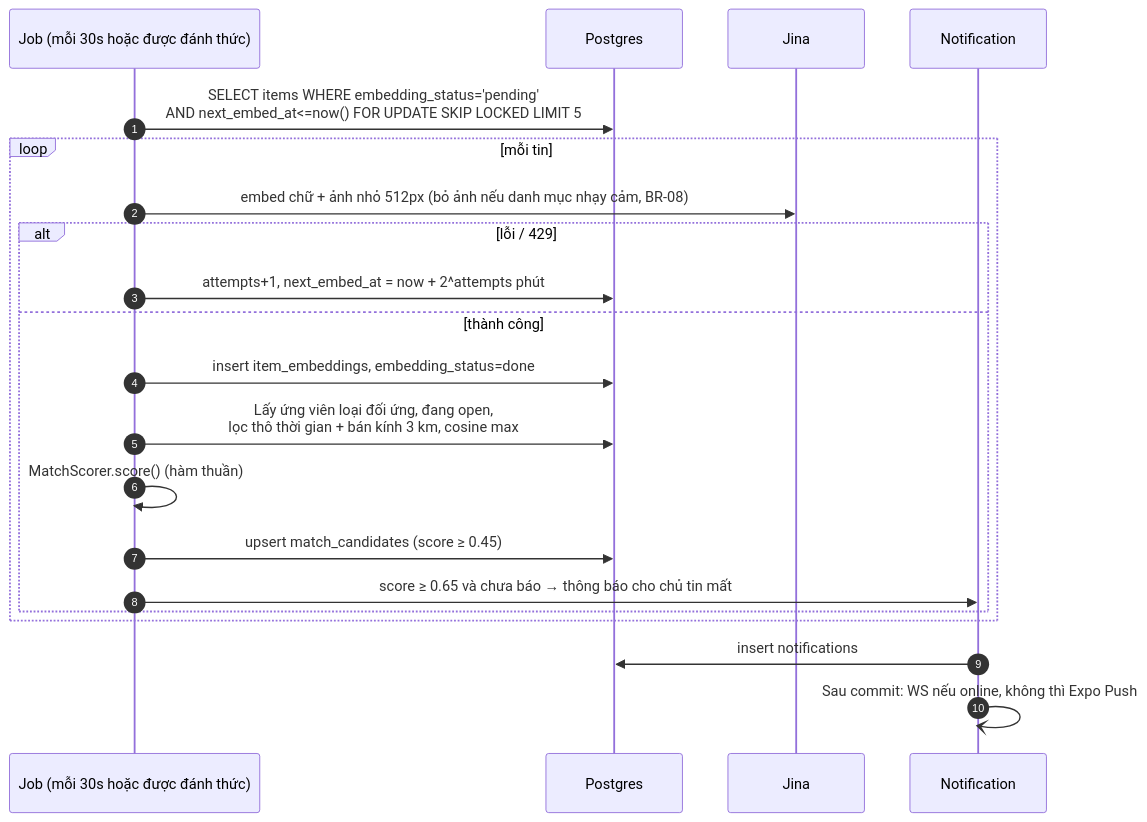
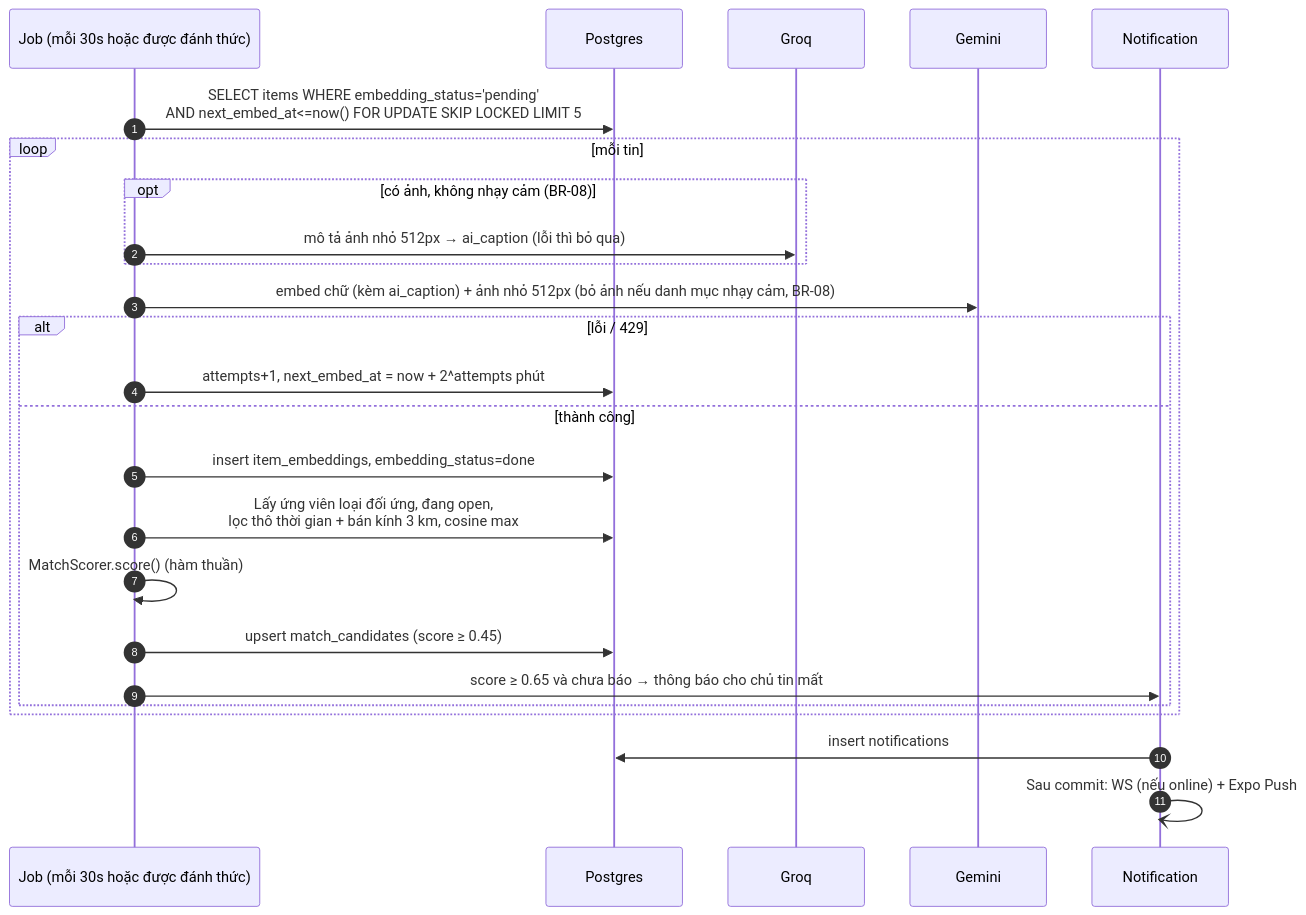
The third of 4 diagrams in docs/kien-truc/01-tong-the.md (ndkxm/Refound), drawn with Mermaid before and after one commit. The commit also changed other lines of this file and 19 other files, not shown here.

Commit message:
docs: chốt ADR, Google-only, Gemini embed + Groq vision, bỏ S08 (S01, S02, S04, S05, D5, D10-D13)

````diff
--- a/docs/kien-truc/01-tong-the.md
+++ b/docs/kien-truc/01-tong-the.md
@@ -95,23 +95,27 @@
 ```mermaid
 sequenceDiagram
   autonumber
   participant J as Job (mỗi 30s hoặc được đánh thức)
   participant DB as Postgres
-  participant Jina
+  participant Q as Groq
+  participant G as Gemini
   participant N as Notification
   J->>DB: SELECT items WHERE embedding_status='pending'<br/>AND next_embed_at<=now() FOR UPDATE SKIP LOCKED LIMIT 5
   loop mỗi tin
-    J->>Jina: embed chữ + ảnh nhỏ 512px (bỏ ảnh nếu danh mục nhạy cảm, BR-08)
+    opt có ảnh, không nhạy cảm (BR-08)
+      J->>Q: mô tả ảnh nhỏ 512px → ai_caption (lỗi thì bỏ qua)
+    end
+    J->>G: embed chữ (kèm ai_caption) + ảnh nhỏ 512px (bỏ ảnh nếu danh mục nhạy cảm, BR-08)
     alt lỗi / 429
       J->>DB: attempts+1, next_embed_at = now + 2^attempts phút
     else thành công
       J->>DB: insert item_embeddings, embedding_status=done
       J->>DB: Lấy ứng viên loại đối ứng, đang open,<br/>lọc thô thời gian + bán kính 3 km, cosine max
       J->>J: MatchScorer.score() (hàm thuần)
       J->>DB: upsert match_candidates (score ≥ 0.45)
       J->>N: score ≥ 0.65 và chưa báo → thông báo cho chủ tin mất
     end
   end
   N->>DB: insert notifications
-  N-)N: Sau commit: WS nếu online, không thì Expo Push
+  N-)N: Sau commit: WS (nếu online) + Expo Push
 ```
````
